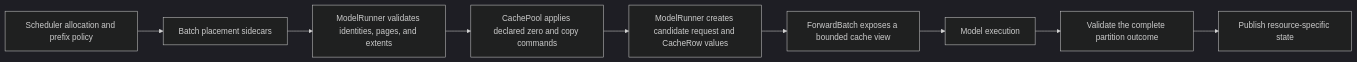
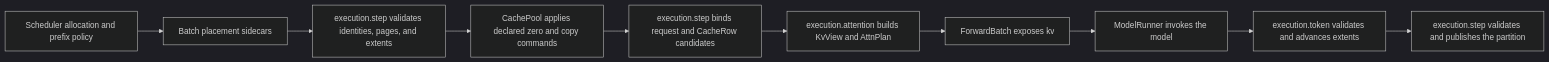
The diagram in docs/kv-cache-management.md (hao-ai-lab/uniserve), drawn with Mermaid (dark theme) before and after one commit. The commit also changed other lines of this file and 18 other files, not shown here.

````diff
--- a/docs/kv-cache-management.md
+++ b/docs/kv-cache-management.md
@@ -39,11 +42,12 @@
 ```mermaid
 flowchart LR
     S["Scheduler allocation and prefix policy"] --> P["Batch placement sidecars"]
-    P --> V["ModelRunner validates identities, pages, and extents"]
+    P --> V["execution.step validates identities, pages, and extents"]
     V --> Z["CachePool applies declared zero and copy commands"]
-    Z --> R["ModelRunner creates candidate request and CacheRow values"]
-    R --> F["ForwardBatch exposes a bounded cache view"]
-    F --> M["Model execution"]
-    M --> C["Validate the complete partition outcome"]
-    C --> U["Publish resource-specific state"]
+    Z --> R["execution.step binds request and CacheRow candidates"]
+    R --> A["execution.attention builds KvView and AttnPlan"]
+    A --> F["ForwardBatch exposes kv"]
+    F --> M["ModelRunner invokes the model"]
+    M --> E["execution.token validates and advances extents"]
+    E --> C["execution.step validates and publishes the partition"]
 ```
````
